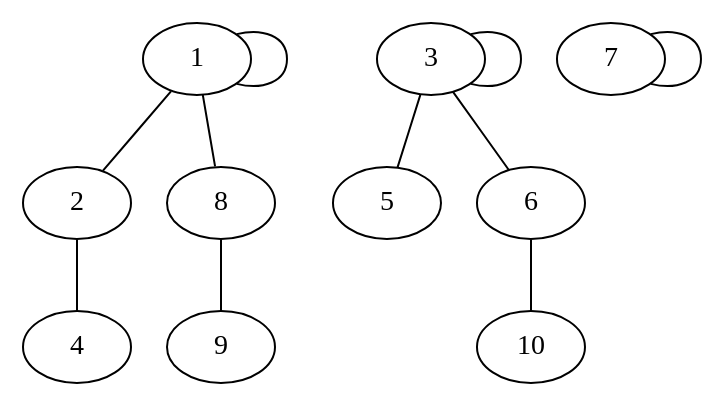
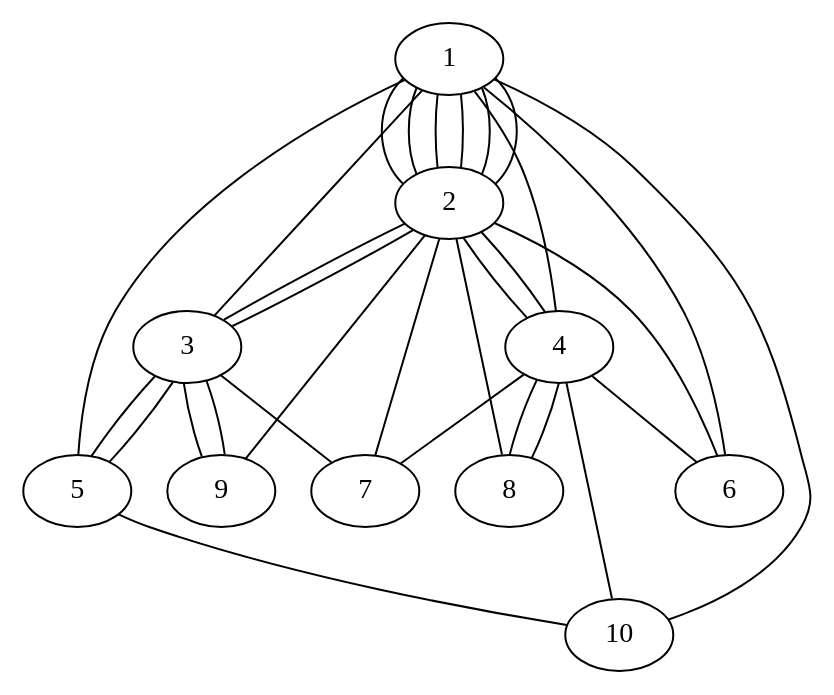
One commit to GuidoHeijden/CNproject_PAmodels changed the diagram in hofstad_PA.dot. Above: the diagram before and after it, drawn with Graphviz. The commit also changed 3 other files, not shown here.

```diff
--- a/hofstad_PA.dot
+++ b/hofstad_PA.dot
@@ -1,22 +1,42 @@
 graph  {
-1 [pos="[ 0.16861428 -0.03248508]"];
-2 [pos="[0.09564631 0.44742745]"];
-3 [pos="[-0.21934634  0.31653075]"];
-4 [pos="[0.00877315 0.92493255]"];
-5 [pos="[-0.49363646  0.71684867]"];
-6 [pos="[ 0.0665732  -0.07582114]"];
-7 [pos="[-0.39332856 -0.28565721]"];
-8 [pos="[ 0.20898382 -0.51621665]"];
-9 [pos="[ 0.24712584 -1.        ]"];
-10 [pos="[ 0.31059474 -0.49555933]"];
-1 -- 1  [key=0];
+1 [pos="[0.12573963 0.41816294]"];
+2 [pos="[-0.09485183 -0.29236971]"];
+3 [pos="[ 0.66429993 -0.1488208 ]"];
+4 [pos="[-0.51722266  0.03556396]"];
+5 [pos="[0.79241459 0.7085776 ]"];
+6 [pos="[-0.69207017  0.517282  ]"];
+7 [pos="[-0.0019793 -0.8004447]"];
+8 [pos="[-0.94259015 -0.59918153]"];
+9 [pos="[ 0.70942099 -0.83876977]"];
+10 [pos="[-0.04316102  1.        ]"];
 1 -- 2  [key=0];
-1 -- 8  [key=0];
+1 -- 2  [key=1];
+1 -- 2  [key=2];
+1 -- 2  [key=3];
+1 -- 2  [key=4];
+1 -- 2  [key=5];
+1 -- 3  [key=0];
+1 -- 4  [key=0];
+1 -- 5  [key=0];
+1 -- 6  [key=0];
+1 -- 10  [key=0];
+2 -- 3  [key=0];
+2 -- 3  [key=1];
 2 -- 4  [key=0];
-3 -- 3  [key=0];
+2 -- 4  [key=1];
+2 -- 6  [key=0];
+2 -- 7  [key=0];
+2 -- 8  [key=0];
+2 -- 9  [key=0];
 3 -- 5  [key=0];
-3 -- 6  [key=0];
-6 -- 10  [key=0];
-7 -- 7  [key=0];
-8 -- 9  [key=0];
+3 -- 5  [key=1];
+3 -- 7  [key=0];
+3 -- 9  [key=0];
+3 -- 9  [key=1];
+4 -- 6  [key=0];
+4 -- 7  [key=0];
+4 -- 8  [key=0];
+4 -- 8  [key=1];
+4 -- 10  [key=0];
+5 -- 10  [key=0];
 }
```
